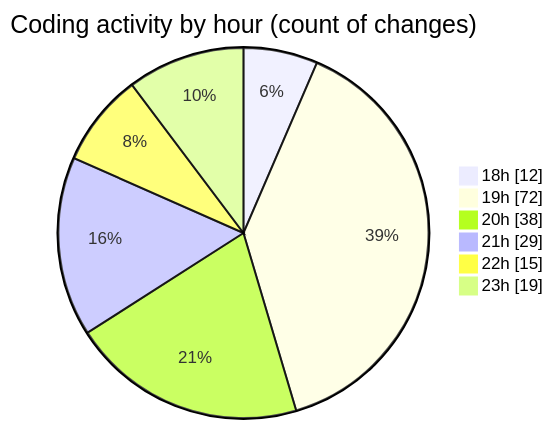
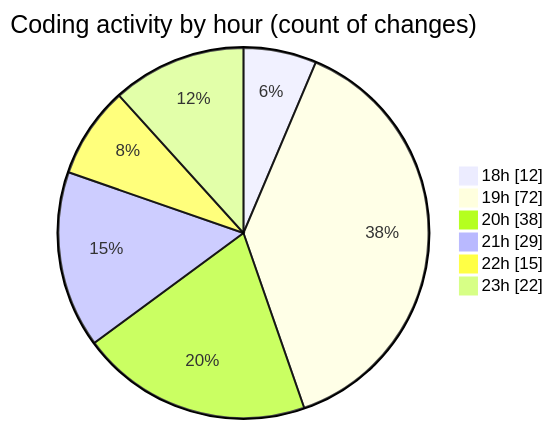
Before and after one commit to MatusMokan/code-tracking: the second of 2 diagrams in 2025-03-14/myws__workspace_/README.md, drawn with Mermaid. The commit also changed other lines of this file and 1 other file, not shown here.

````diff
--- a/2025-03-14/myws__workspace_/README.md
+++ b/2025-03-14/myws__workspace_/README.md
@@ -31,10 +31,10 @@
 ```mermaid
 pie showData
 title Coding activity by hour (count of changes)
 "18h" : 12
 "19h" : 72
 "20h" : 38
 "21h" : 29
 "22h" : 15
-"23h" : 19
+"23h" : 22
 ```
````
